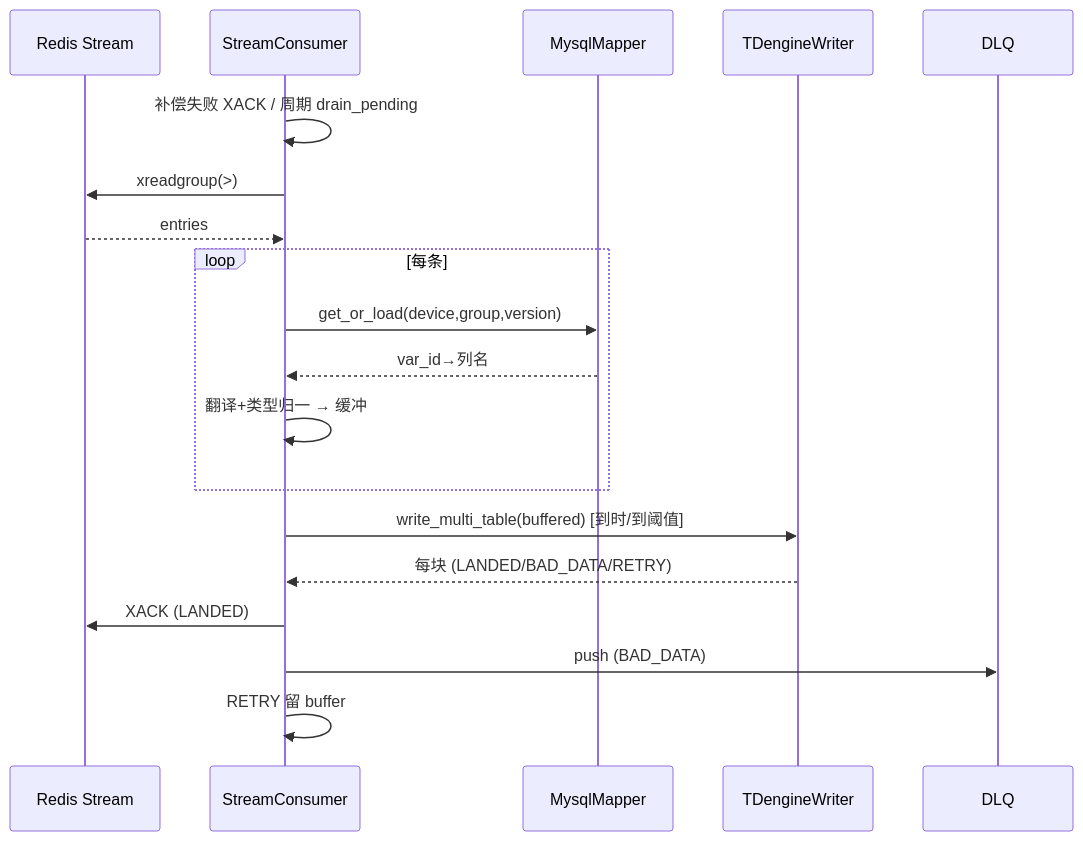
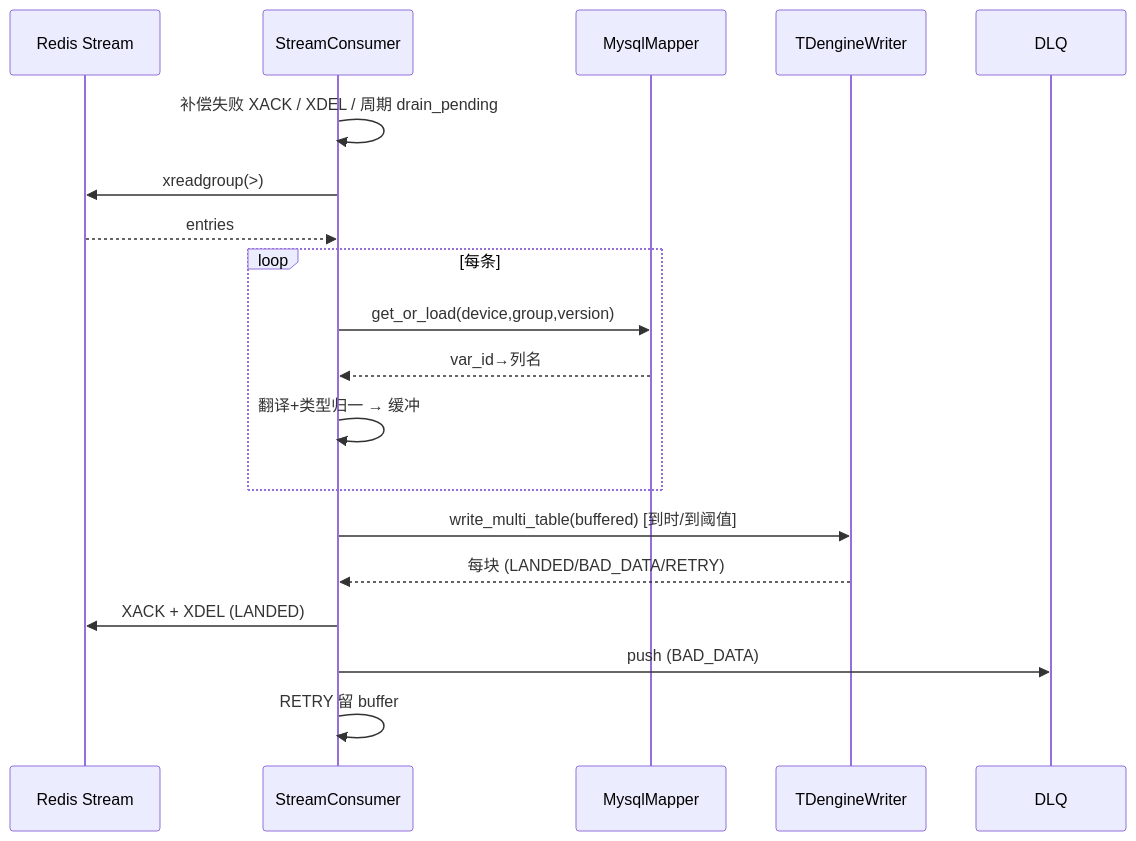
Before and after one commit to Hry1729/data_watch: the second of 2 diagrams in docs/02-模块设计/writer/README.md, drawn with Mermaid. The commit also changed other lines of this file and 55 other files, not shown here.

````diff
--- a/docs/02-模块设计/writer/README.md
+++ b/docs/02-模块设计/writer/README.md
@@ -146,21 +147,21 @@
 ```mermaid
 sequenceDiagram
     participant R as Redis Stream
     participant SC as StreamConsumer
     participant MAP as MysqlMapper
     participant TW as TDengineWriter
     participant DLQ as DLQ
-    SC->>SC: 补偿失败 XACK / 周期 drain_pending
+    SC->>SC: 补偿失败 XACK / XDEL / 周期 drain_pending
     SC->>R: xreadgroup(>)
     R-->>SC: entries
     loop 每条
         SC->>MAP: get_or_load(device,group,version)
         MAP-->>SC: var_id→列名
         SC->>SC: 翻译+类型归一 → 缓冲
     end
     SC->>TW: write_multi_table(buffered)  [到时/到阈值]
     TW-->>SC: 每块 (LANDED/BAD_DATA/RETRY)
-    SC->>R: XACK (LANDED)
+    SC->>R: XACK + XDEL (LANDED)
     SC->>DLQ: push (BAD_DATA)
     SC->>SC: RETRY 留 buffer
 ```
````
